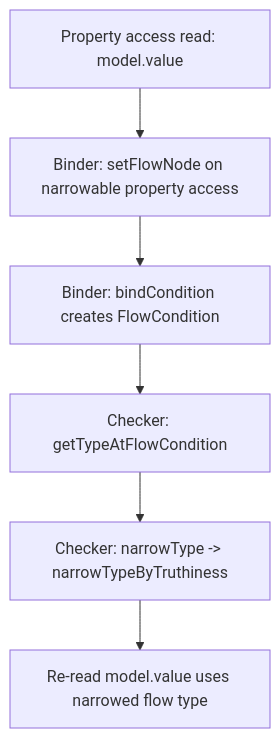
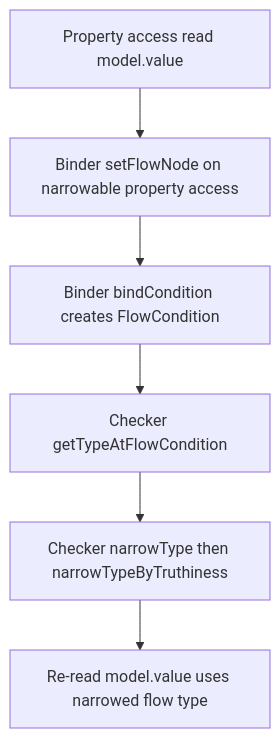
Before and after one commit to kbrilla/typescript-go: the first of 3 diagrams in docs/identity-phase1-pr-description.md, drawn with Mermaid. The commit also changed other lines of this file, not shown here.

Commit message:
docs: fix Mermaid flow graph syntax

````diff
--- a/docs/identity-phase1-pr-description.md
+++ b/docs/identity-phase1-pr-description.md
@@ -53,8 +53,8 @@
 ```mermaid
 flowchart TD
-  G1[Property access read: model.value] --> G2[Binder: setFlowNode on narrowable property access]
-  G2 --> G3[Binder: bindCondition creates FlowCondition]
-  G3 --> G4[Checker: getTypeAtFlowCondition]
-  G4 --> G5[Checker: narrowType -> narrowTypeByTruthiness]
-  G5 --> G6[Re-read model.value uses narrowed flow type]
+  G1["Property access read model.value"] --> G2["Binder setFlowNode on narrowable property access"]
+  G2 --> G3["Binder bindCondition creates FlowCondition"]
+  G3 --> G4["Checker getTypeAtFlowCondition"]
+  G4 --> G5["Checker narrowType then narrowTypeByTruthiness"]
+  G5 --> G6["Re-read model.value uses narrowed flow type"]
 ```
````
